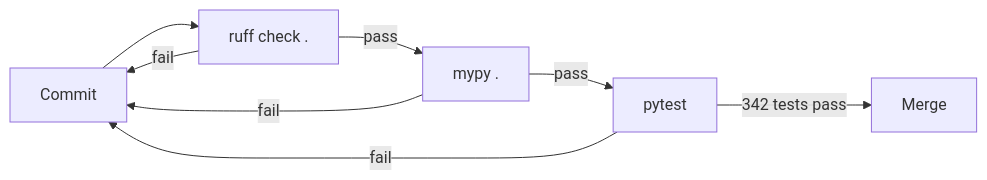
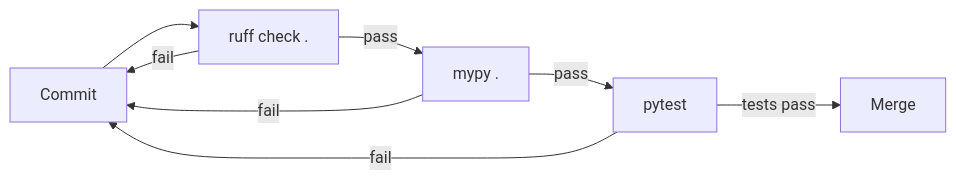
Before and after one commit to Aparnap2/Finsight: the diagram in docs/09-platform/devsecops.md, drawn with Mermaid. The commit also changed other lines of this file and 8 other files, not shown here.

````diff
--- a/docs/09-platform/devsecops.md
+++ b/docs/09-platform/devsecops.md
@@ -36,10 +36,10 @@
 ```mermaid
 flowchart LR
     A[Commit] --> B[ruff check .]
     B -->|pass| C[mypy .]
     B -->|fail| A
     C -->|pass| D[pytest]
     C -->|fail| A
-    D -->|342 tests pass| E[Merge]
+    D -->|tests pass| E[Merge]
     D -->|fail| A
 ```
````
